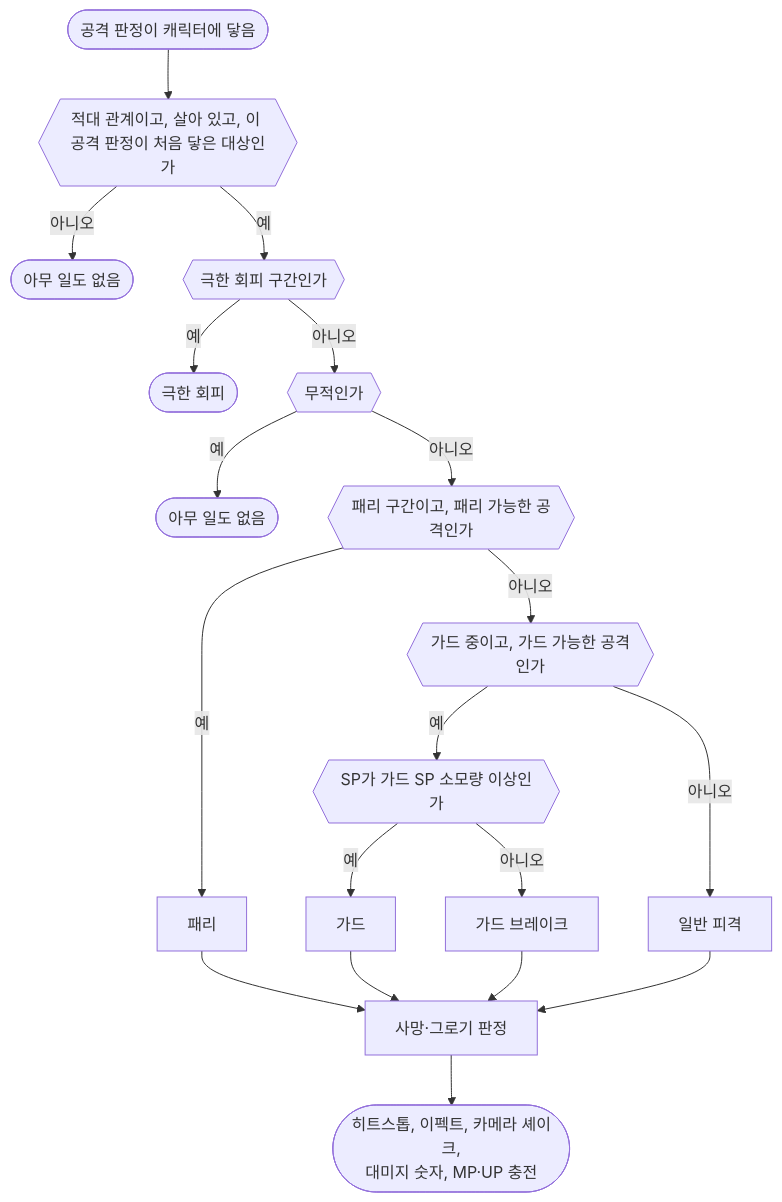
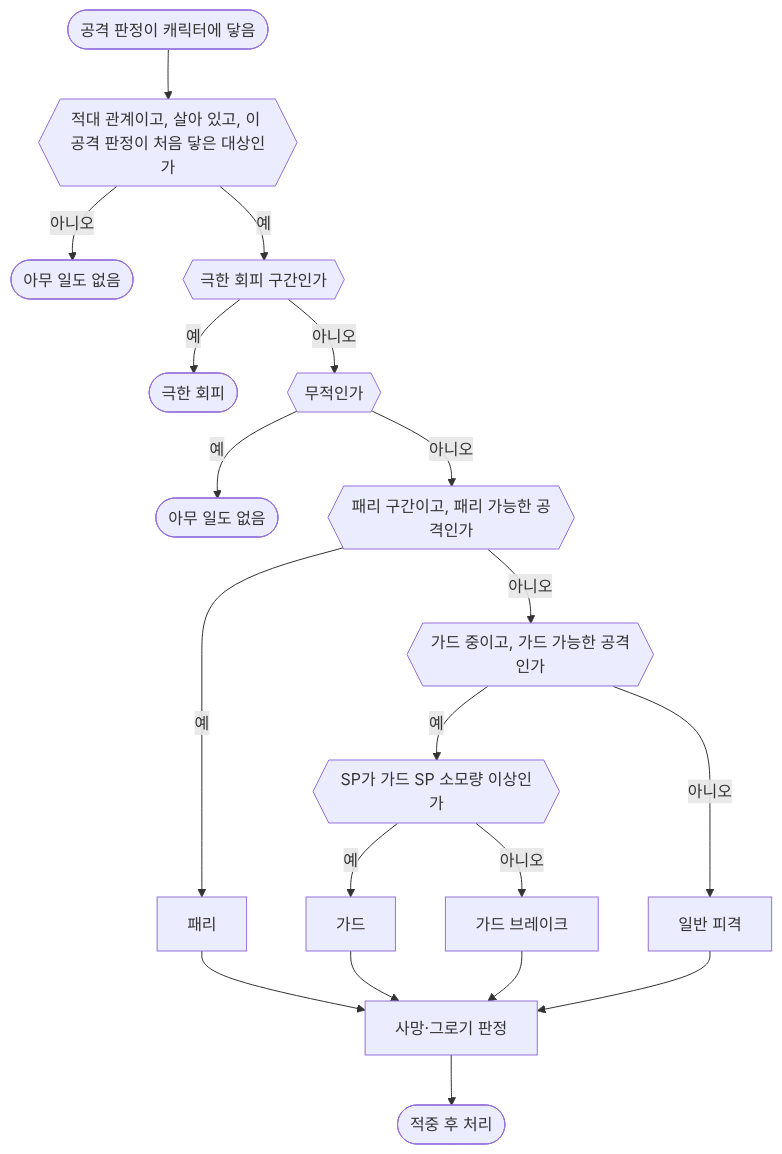
One commit to Woogl/Ag changed the diagram in Docs/Design/전투 시스템.md. Above: the diagram before and after it, drawn with Mermaid. The commit also changed other lines of this file and 11 other files, not shown here.

````diff
--- a/Docs/Design/전투 시스템.md
+++ b/Docs/Design/전투 시스템.md
@@ -64,21 +64,21 @@
 ```mermaid
 flowchart TD
     touch(["공격 판정이 캐릭터에 닿음"]) --> valid{{"적대 관계이고, 살아 있고, 이 공격 판정이 처음 닿은 대상인가"}}
     valid -->|아니오| none1(["아무 일도 없음"])
     valid -->|예| pdw{{"극한 회피 구간인가"}}
     pdw -->|예| pdodge(["극한 회피"])
     pdw -->|아니오| inv{{"무적인가"}}
     inv -->|예| none2(["아무 일도 없음"])
     inv -->|아니오| parryCheck{{"패리 구간이고, 패리 가능한 공격인가"}}
     parryCheck -->|예| parry["패리"]
     parryCheck -->|아니오| guardCheck{{"가드 중이고, 가드 가능한 공격인가"}}
     guardCheck -->|아니오| normal["일반 피격"]
     guardCheck -->|예| spCheck{{"SP가 가드 SP 소모량 이상인가"}}
     spCheck -->|예| guard["가드"]
     spCheck -->|아니오| guardBreak["가드 브레이크"]
     parry --> judge
     guard --> judge
     guardBreak --> judge
     normal --> judge
-    judge["사망·그로기 판정"] --> fx(["히트스톱, 이펙트, 카메라 셰이크,<br/>대미지 숫자, MP·UP 충전"])
+    judge["사망·그로기 판정"] --> fx(["적중 후 처리"])
 ```
````
